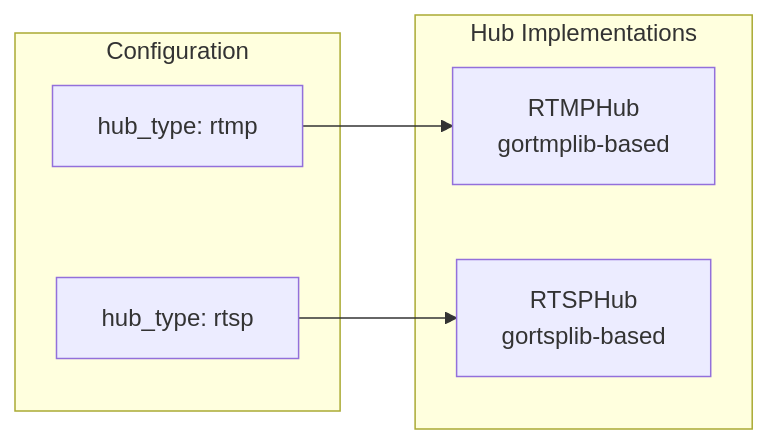
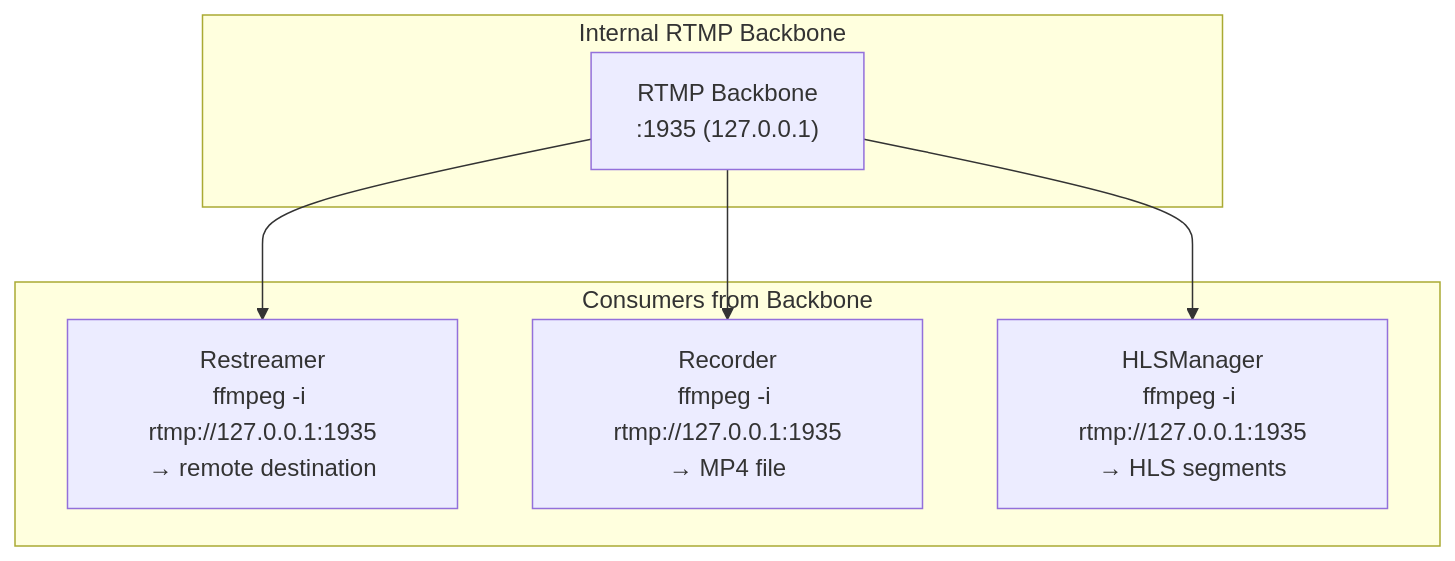
Before and after one commit to krsna1729/go-mls: the ninth of 13 diagrams in docs/architecture.md, drawn with Mermaid. The commit also changed other lines of this file and 2 other files, not shown here.

````diff
--- a/docs/architecture.md
+++ b/docs/architecture.md
@@ -126,15 +363,16 @@
 ```mermaid
-flowchart LR
-    subgraph config["Configuration"]
-        A["hub_type: rtmp"] 
-        B["hub_type: rtsp"]
+flowchart TB
+    subgraph ingest["Internal RTMP Backbone"]
+        BACKBONE["RTMP Backbone<br/>:1935 (127.0.0.1)"]
     end
     
-    subgraph hubs["Hub Implementations"]
-        C["RTMPHub<br/>gortmplib-based"]
-        D["RTSPHub<br/>gortsplib-based"]
+    subgraph workers["Consumers from Backbone"]
+        C1["Restreamer<br/>ffmpeg -i rtmp://127.0.0.1:1935<br/>→ remote destination"]
+        C2["Recorder<br/>ffmpeg -i rtmp://127.0.0.1:1935<br/>→ MP4 file"]
+        C3["HLSManager<br/>ffmpeg -i rtmp://127.0.0.1:1935<br/>→ HLS segments"]
     end
     
-    A --> C
-    B --> D
+    BACKBONE --> C1
+    BACKBONE --> C2
+    BACKBONE --> C3
 ```
````
